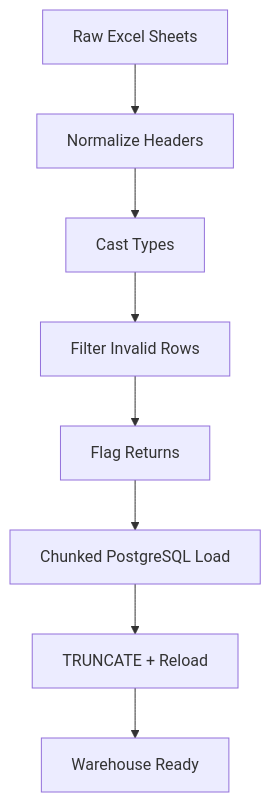
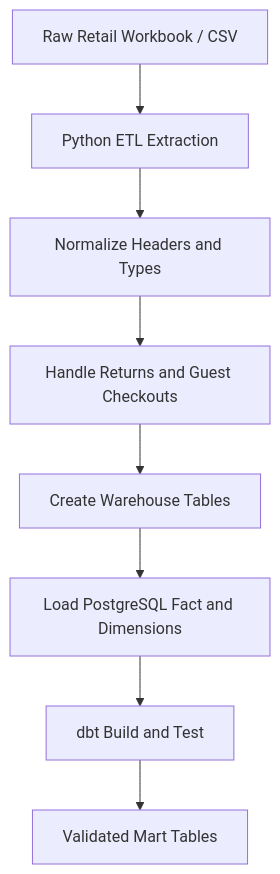
The second of 4 diagrams in README.md (Kartz82/customer-intelligence-warehouse), drawn with Mermaid before and after one commit. The commit also changed other lines of this file, not shown here.

````diff
--- a/README.md
+++ b/README.md
@@ -132,10 +68,10 @@
 ```mermaid
 flowchart TD
-    A[Raw Excel Sheets] --> B[Normalize Headers]
-    B --> C[Cast Types]
-    C --> D[Filter Invalid Rows]
-    D --> E[Flag Returns]
-    E --> F[Chunked PostgreSQL Load]
-    F --> G[TRUNCATE + Reload]
-    G --> H[Warehouse Ready]
+    A[Raw Retail Workbook / CSV] --> B[Python ETL Extraction]
+    B --> C[Normalize Headers and Types]
+    C --> D[Handle Returns and Guest Checkouts]
+    D --> E[Create Warehouse Tables]
+    E --> F[Load PostgreSQL Fact and Dimensions]
+    F --> G[dbt Build and Test]
+    G --> H[Validated Mart Tables]
 ```
````
